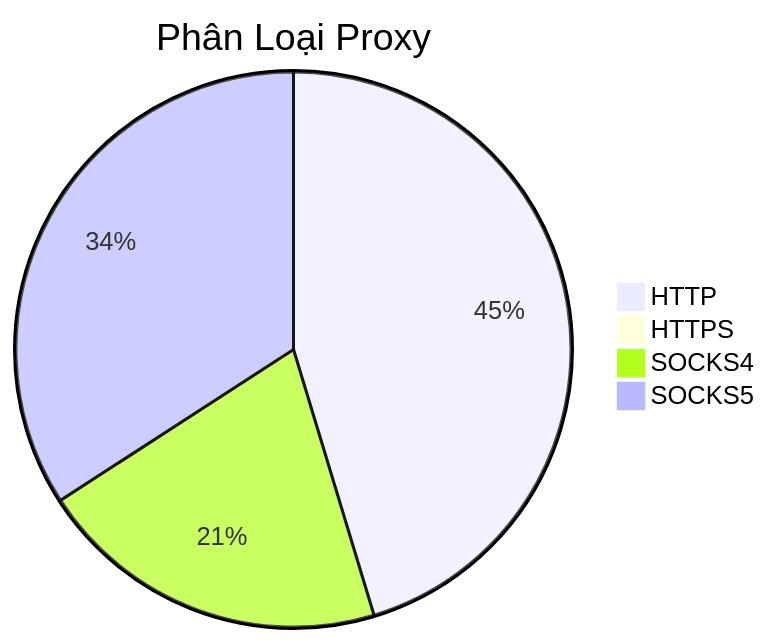
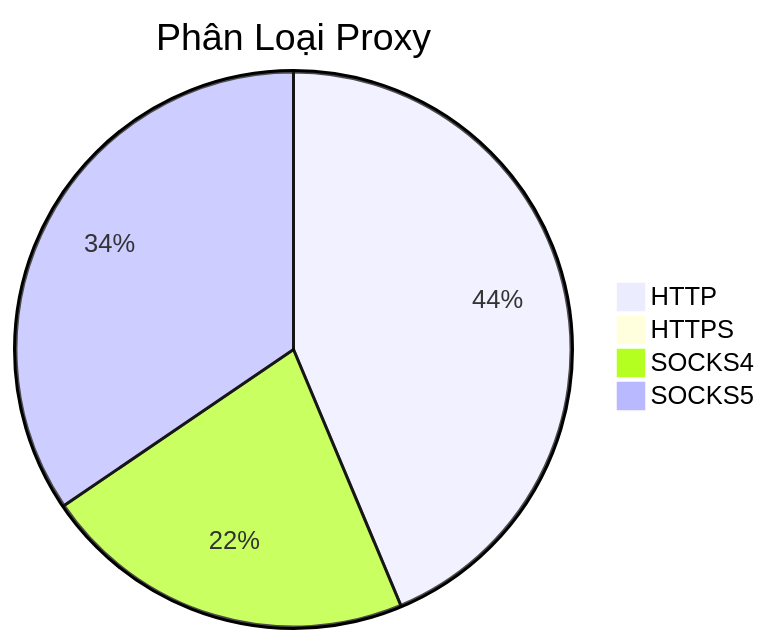
Before and after one commit to Ciara-12/PROXY-free: the diagram in README.md, drawn with Mermaid. The commit also changed other lines of this file and 4 other files, not shown here.

````diff
--- a/README.md
+++ b/README.md
@@ -26,7 +26,7 @@
 ```mermaid
 pie title Phân Loại Proxy
-    "HTTP" : 726
-    "HTTPS" : 0
-    "SOCKS4" : 329
-    "SOCKS5" : 547
+    "HTTP" : 757
+    "HTTPS" : 2
+    "SOCKS4" : 378
+    "SOCKS5" : 598
 ```
````
